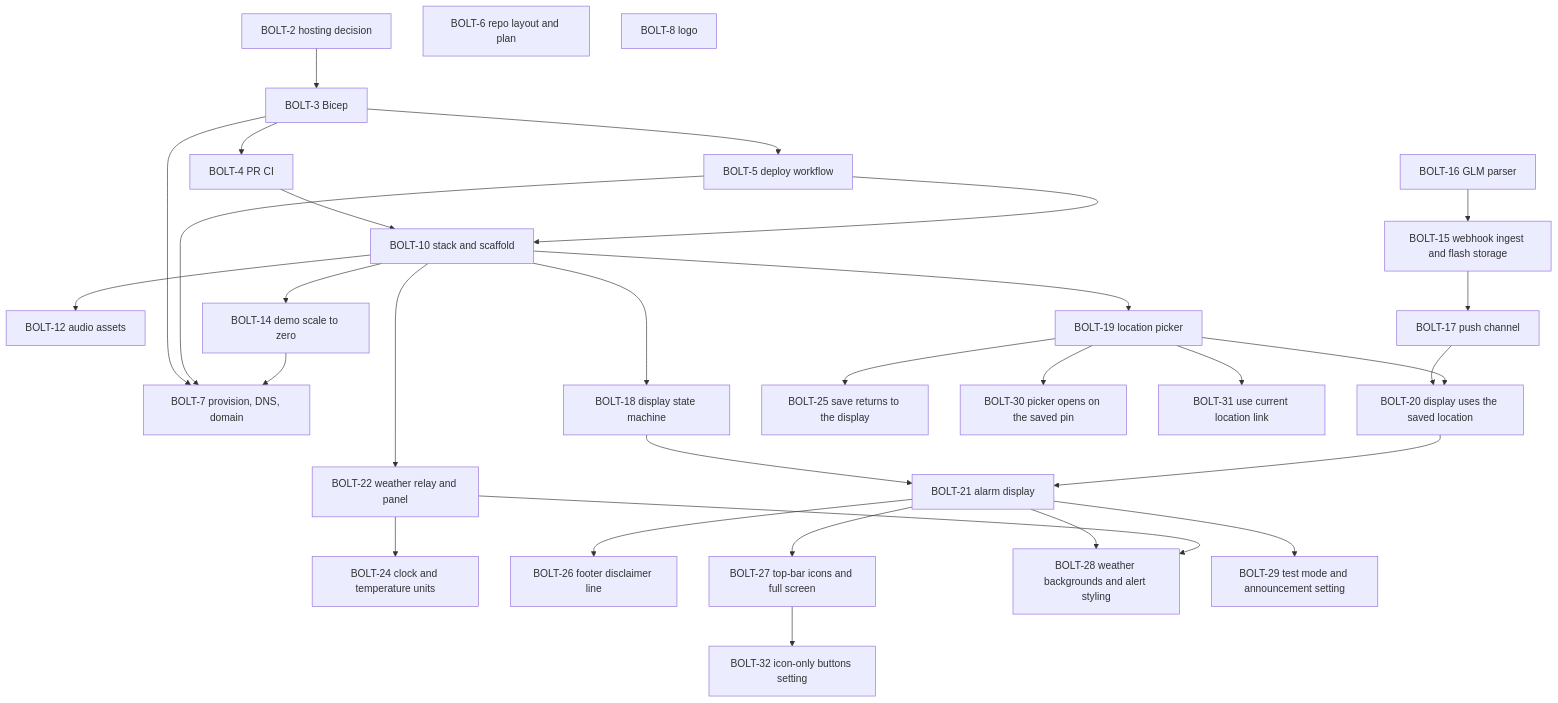
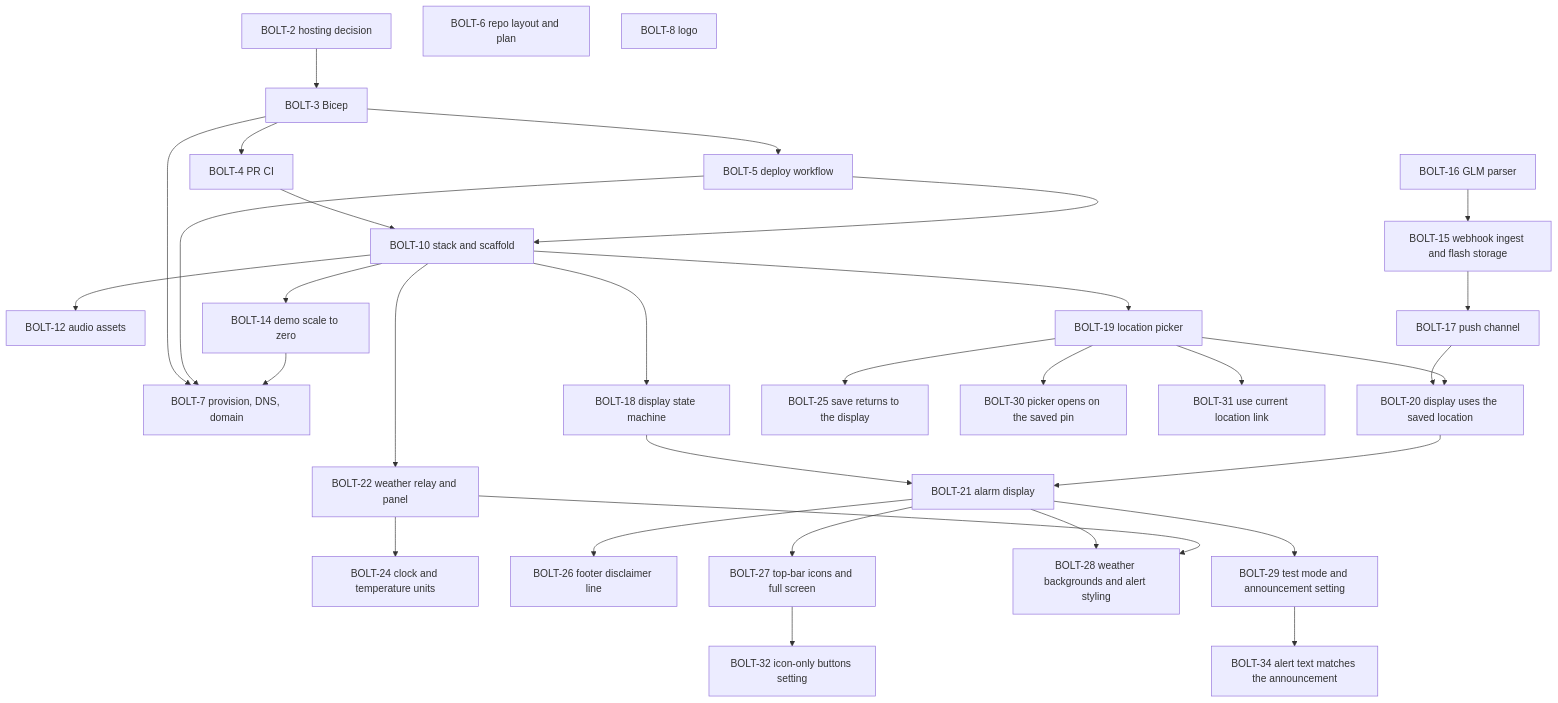
One commit to henrique-meyer/boltclock changed the diagram in docs/plan.md. Above: the diagram before and after it, drawn with Mermaid. The commit also changed other lines of this file and 5 other files, not shown here.

First line of the commit message:
BOLT-34 Alert text shows the strike the announcement named

````diff
--- a/docs/plan.md
+++ b/docs/plan.md
@@ -15,59 +15,61 @@
 ```mermaid
 flowchart TD
   s2[BOLT-2 hosting decision]
   s3[BOLT-3 Bicep]
   s4[BOLT-4 PR CI]
   s5[BOLT-5 deploy workflow]
   s6[BOLT-6 repo layout and plan]
   s7[BOLT-7 provision, DNS, domain]
   s8[BOLT-8 logo]
   s10[BOLT-10 stack and scaffold]
   s12[BOLT-12 audio assets]
   s14[BOLT-14 demo scale to zero]
   s15[BOLT-15 webhook ingest and flash storage]
   s16[BOLT-16 GLM parser]
   s17[BOLT-17 push channel]
   s18[BOLT-18 display state machine]
   s19[BOLT-19 location picker]
   s20[BOLT-20 display uses the saved location]
   s21[BOLT-21 alarm display]
   s22[BOLT-22 weather relay and panel]
   s24[BOLT-24 clock and temperature units]
   s25[BOLT-25 save returns to the display]
   s26[BOLT-26 footer disclaimer line]
   s27[BOLT-27 top-bar icons and full screen]
   s28[BOLT-28 weather backgrounds and alert styling]
   s30[BOLT-30 picker opens on the saved pin]
   s29[BOLT-29 test mode and announcement setting]
   s32[BOLT-32 icon-only buttons setting]
   s31[BOLT-31 use current location link]
+  s34[BOLT-34 alert text matches the announcement]
   s2 --> s3
   s4 --> s10
   s5 --> s10
   s3 --> s4
   s3 --> s5
   s3 --> s7
   s5 --> s7
   s10 --> s12
   s10 --> s14
   s14 --> s7
   s16 --> s15
   s15 --> s17
   s10 --> s18
   s10 --> s19
   s17 --> s20
   s19 --> s20
   s18 --> s21
   s20 --> s21
   s10 --> s22
   s22 --> s24
   s19 --> s25
   s21 --> s26
   s21 --> s27
   s21 --> s28
   s22 --> s28
   s19 --> s30
   s21 --> s29
   s27 --> s32
   s19 --> s31
+  s29 --> s34
 ```
````
